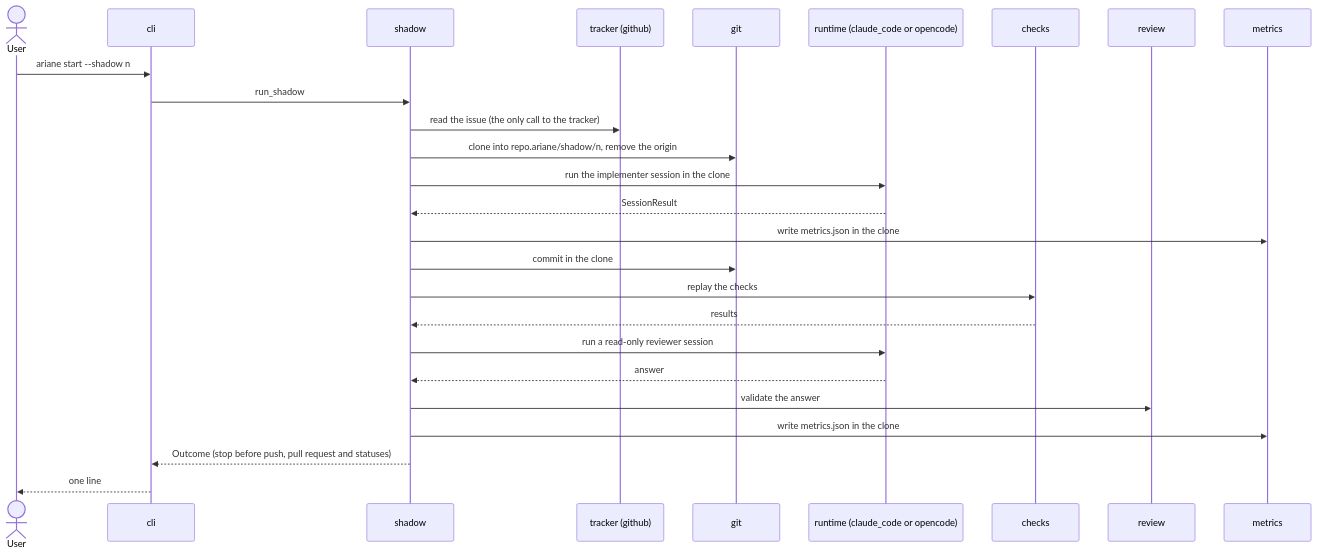
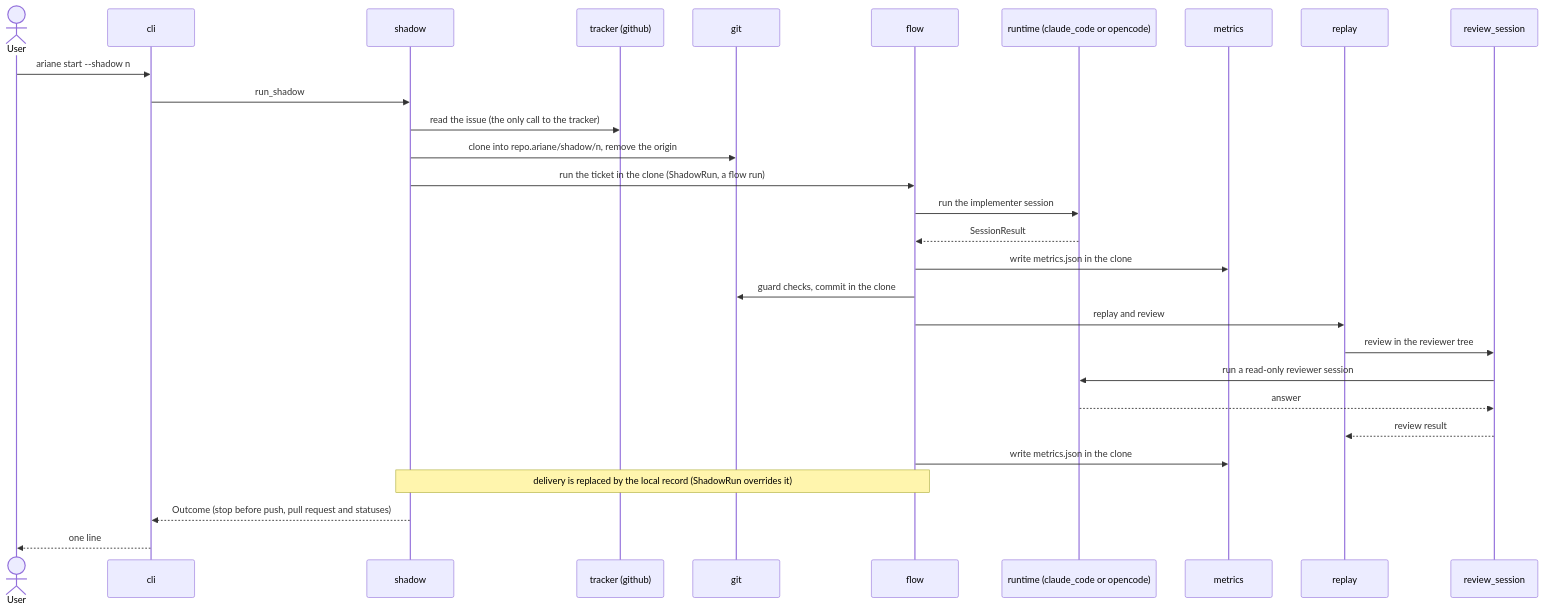
One commit to plaplanche/ariane changed the third of 6 diagrams in docs/architecture/3-components.md. Above: the diagram before and after it, drawn with Mermaid. The commit also changed other lines of this file and 1 other file, not shown here.

Commit message:
#122: fix round 1

````diff
--- a/docs/architecture/3-components.md
+++ b/docs/architecture/3-components.md
@@ -182,28 +182,31 @@
 ```mermaid
 sequenceDiagram
   actor U as User
   participant CLI as cli
   participant H as shadow
   participant T as tracker (github)
   participant G as git
+  participant F as flow
   participant R as runtime (claude_code or opencode)
-  participant C as checks
-  participant V as review
   participant M as metrics
+  participant P as replay
+  participant S as review_session
   U->>CLI: ariane start --shadow n
   CLI->>H: run_shadow
   H->>T: read the issue (the only call to the tracker)
   H->>G: clone into repo.ariane/shadow/n, remove the origin
-  H->>R: run the implementer session in the clone
-  R-->>H: SessionResult
-  H->>M: write metrics.json in the clone
-  H->>G: commit in the clone
-  H->>C: replay the checks
-  C-->>H: results
-  H->>R: run a read-only reviewer session
-  R-->>H: answer
-  H->>V: validate the answer
-  H->>M: write metrics.json in the clone
+  H->>F: run the ticket in the clone (ShadowRun, a flow run)
+  F->>R: run the implementer session
+  R-->>F: SessionResult
+  F->>M: write metrics.json in the clone
+  F->>G: guard checks, commit in the clone
+  F->>P: replay and review
+  P->>S: review in the reviewer tree
+  S->>R: run a read-only reviewer session
+  R-->>S: answer
+  S-->>P: review result
+  F->>M: write metrics.json in the clone
+  Note over F,H: delivery is replaced by the local record (ShadowRun overrides it)
   H-->>CLI: Outcome (stop before push, pull request and statuses)
   CLI-->>U: one line
 ```
````
